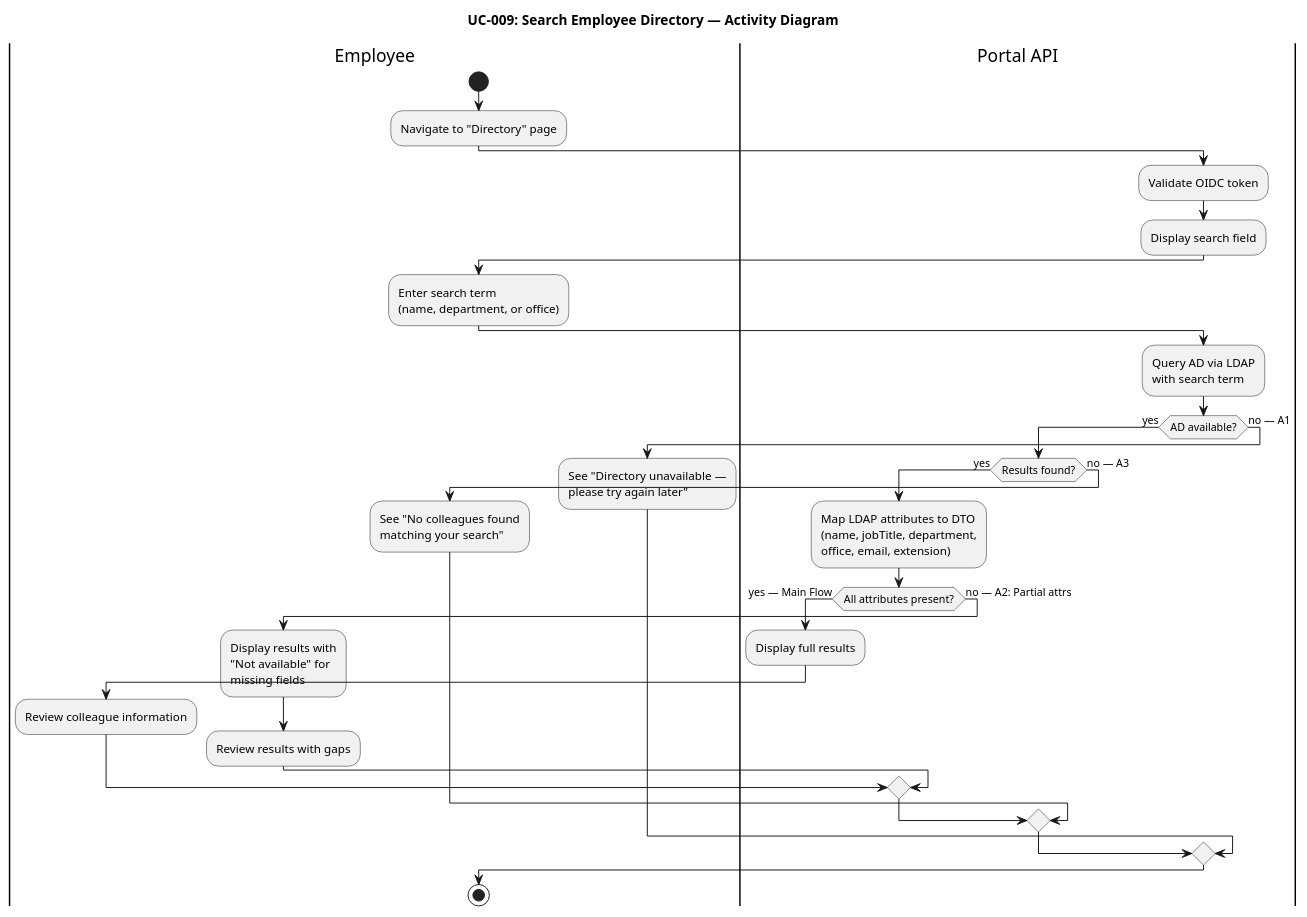
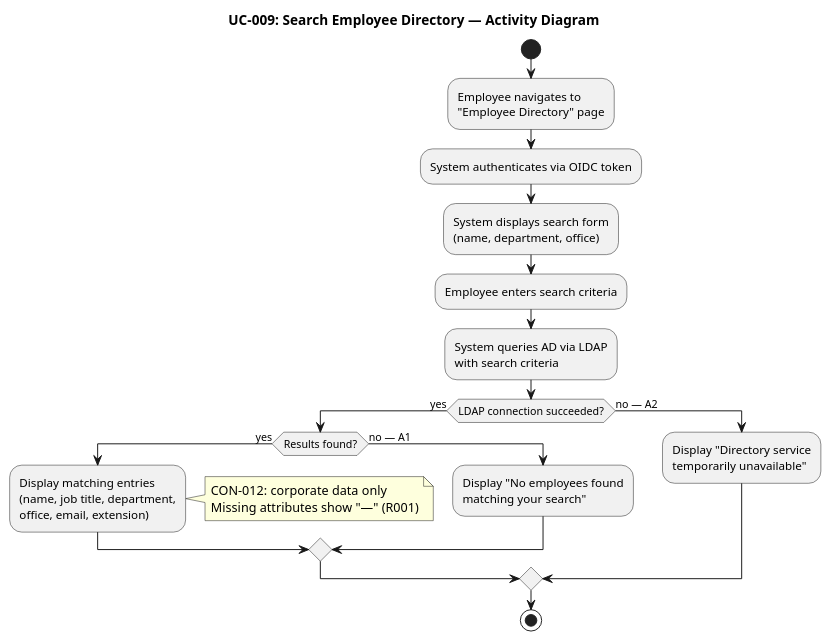
One commit to banense-test/portal-cuba-corp changed the tenth of 12 diagrams in docs/artifacts/requirements/use-case-model.md. Above: the diagram before and after it, drawn with PlantUML. The commit also changed other lines of this file, not shown here.

First line of the commit message:
System Analyst [C2]: upsert Use-Case Model

````diff
--- a/docs/artifacts/requirements/use-case-model.md
+++ b/docs/artifacts/requirements/use-case-model.md
@@ -656,37 +604,33 @@
 ```plantuml
 @startuml
 title UC-009: Search Employee Directory — Activity Diagram
 
-|Employee|
 start
-:Navigate to "Directory" page;
-|Portal API|
-:Validate OIDC token;
-:Display search field;
-|Employee|
-:Enter search term\n(name, department, or office);
-|Portal API|
-:Query AD via LDAP\nwith search term;
-if (AD available?) then (yes)
+:Employee navigates to
+"Employee Directory" page;
+:System authenticates via OIDC token;
+:System displays search form
+(name, department, office);
+:Employee enters search criteria;
+:System queries AD via LDAP
+with search criteria;
+if (LDAP connection succeeded?) then (yes)
   if (Results found?) then (yes)
-    :Map LDAP attributes to DTO\n(name, jobTitle, department,\noffice, email, extension);
-    if (All attributes present?) then (yes — Main Flow)
-      :Display full results;
-      |Employee|
-      :Review colleague information;
-    else (no — A2: Partial attrs)
-      :Display results with\n"Not available" for\nmissing fields;
-      |Employee|
-      :Review results with gaps;
-    endif
-  else (no — A3)
-    |Employee|
-    :See "No colleagues found\nmatching your search";
+    :Display matching entries
+    (name, job title, department,
+    office, email, extension);
+    note right
+      CON-012: corporate data only
+      Missing attributes show "—" (R001)
+    end note
+  else (no — A1)
+    :Display "No employees found
+    matching your search";
   endif
-else (no — A1)
-  |Employee|
-  :See "Directory unavailable —\nplease try again later";
+else (no — A2)
+  :Display "Directory service
+  temporarily unavailable";
 endif
 stop
 @enduml
 ```
````
